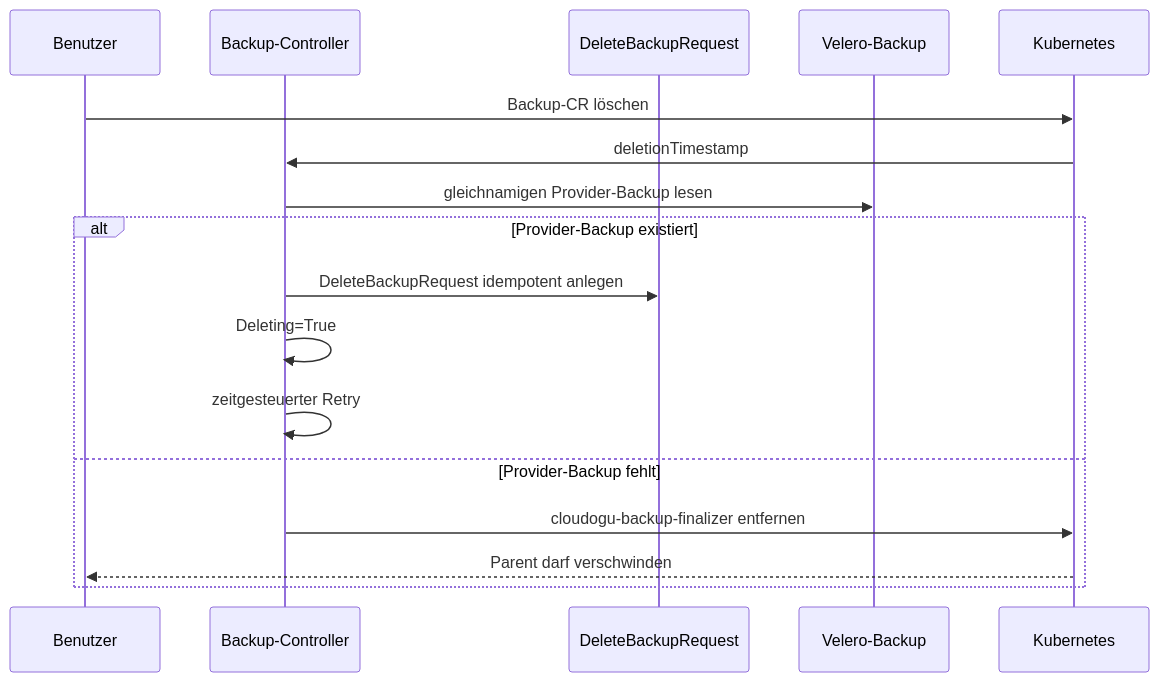
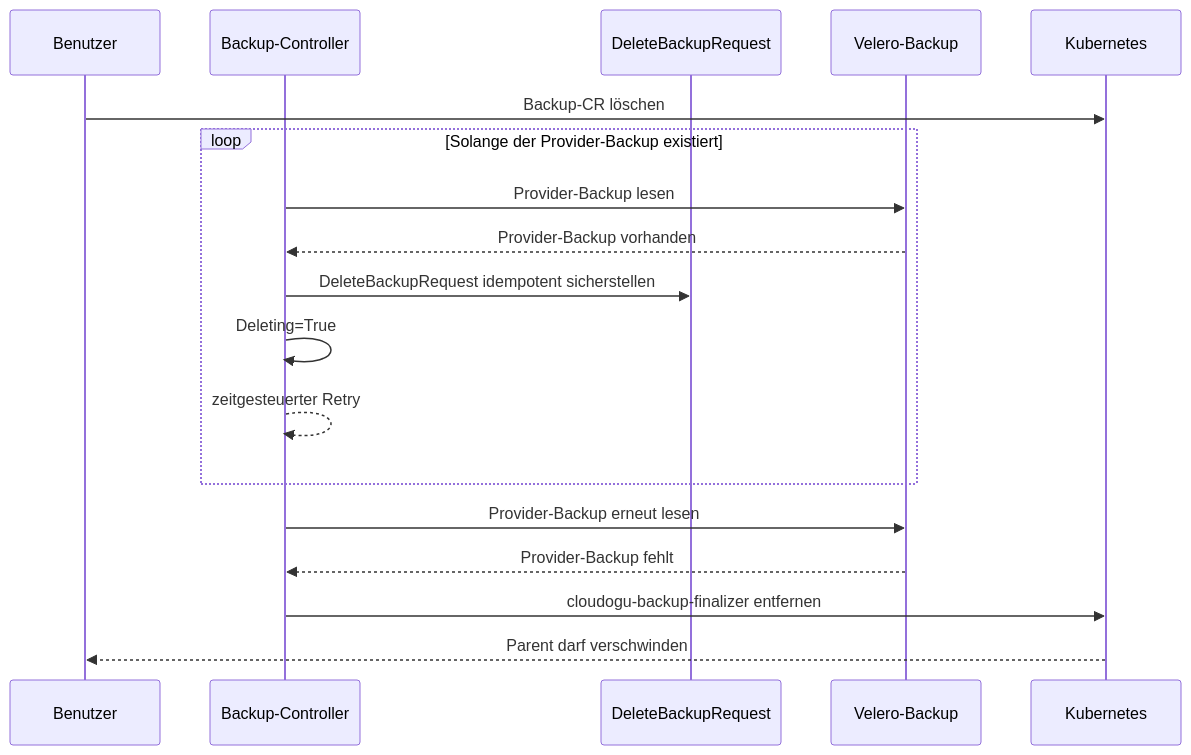
One commit to cloudogu/k8s-backup-operator changed the fifth of 5 diagrams in docs/development/backup/backup_process_de.MD. Above: the diagram before and after it, drawn with Mermaid. The commit also changed other lines of this file and 1 other file, not shown here.

Commit message:
[129] split metrics dev-doc, and backup doc cleanup

````diff
--- a/docs/development/backup/backup_process_de.MD
+++ b/docs/development/backup/backup_process_de.MD
@@ -289,20 +289,23 @@
 ```mermaid
 sequenceDiagram
     participant U as Benutzer
     participant B as Backup-Controller
     participant D as DeleteBackupRequest
     participant V as Velero-Backup
     participant K as Kubernetes
 
     U->>K: Backup-CR löschen
-    K->>B: deletionTimestamp
-    B->>V: gleichnamigen Provider-Backup lesen
-    alt Provider-Backup existiert
-        B->>D: DeleteBackupRequest idempotent anlegen
+
+    loop Solange der Provider-Backup existiert
+        B->>V: Provider-Backup lesen
+        V-->>B: Provider-Backup vorhanden
+        B->>D: DeleteBackupRequest idempotent sicherstellen
         B->>B: Deleting=True
-        B->>B: zeitgesteuerter Retry
-    else Provider-Backup fehlt
-        B->>K: cloudogu-backup-finalizer entfernen
-        K-->>U: Parent darf verschwinden
+        B-->>B: zeitgesteuerter Retry
     end
+
+    B->>V: Provider-Backup erneut lesen
+    V-->>B: Provider-Backup fehlt
+    B->>K: cloudogu-backup-finalizer entfernen
+    K-->>U: Parent darf verschwinden
 ```
````
